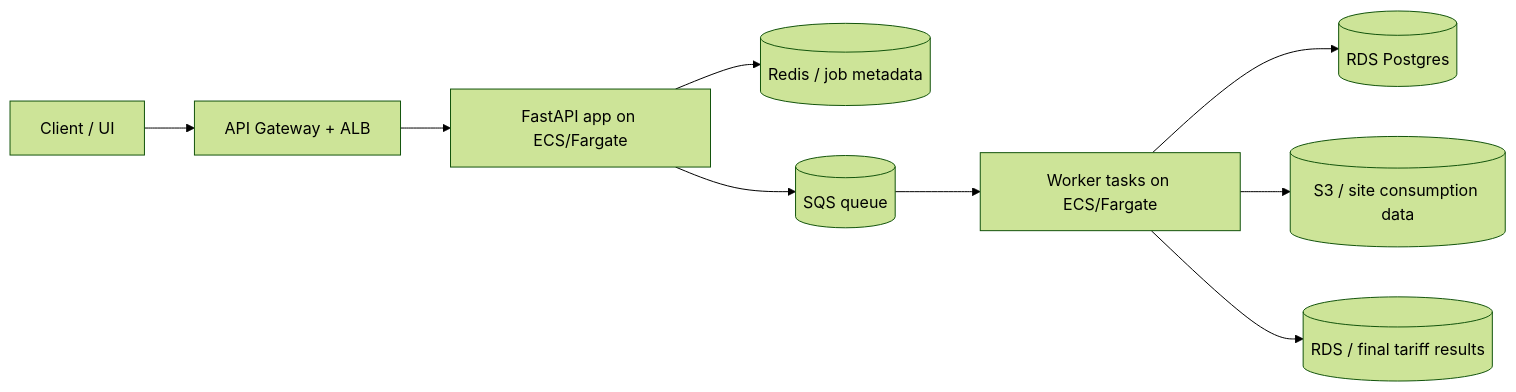
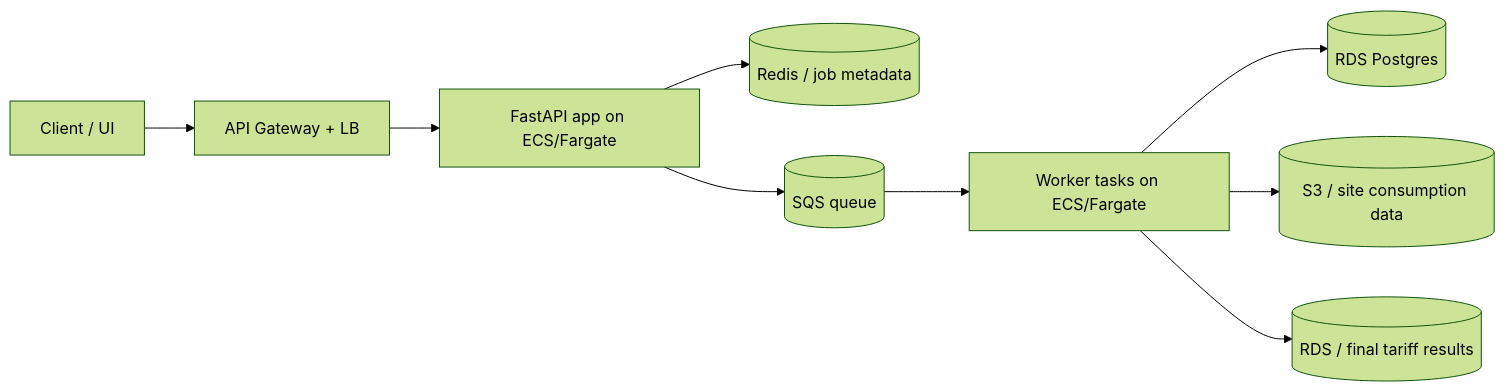
The diagram in DESIGN.md (rockets-and-code/task), drawn with Mermaid (forest theme) before and after one commit. The commit also changed other lines of this file, not shown here.

Commit message:
Fix API Gateway reference in design documentation and clarify worker scaling explanation

````diff
--- a/DESIGN.md
+++ b/DESIGN.md
@@ -81,11 +81,11 @@
 ```mermaid
 flowchart LR
-    Client[Client / UI] --> API[API Gateway + ALB]
+    Client[Client / UI] --> API[API Gateway + LB]
     API --> FastAPI[FastAPI app on ECS/Fargate]
     FastAPI --> Redis[(Redis / job metadata)]
     FastAPI --> SQS[(SQS queue)]
     SQS --> Workers[Worker tasks on ECS/Fargate]
     Workers --> RDS[(RDS Postgres)]
     Workers --> Storage[(S3 / site consumption data)]
     Workers --> Results[(RDS / final tariff results)]
 ```
````
